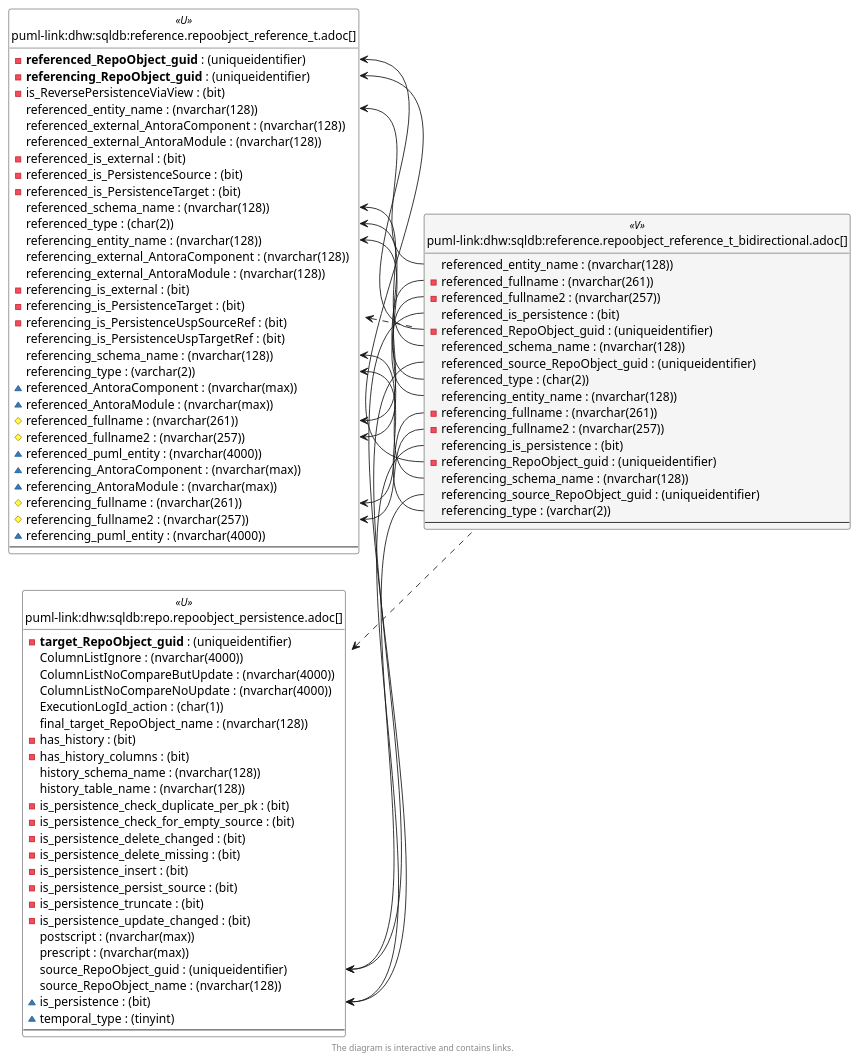
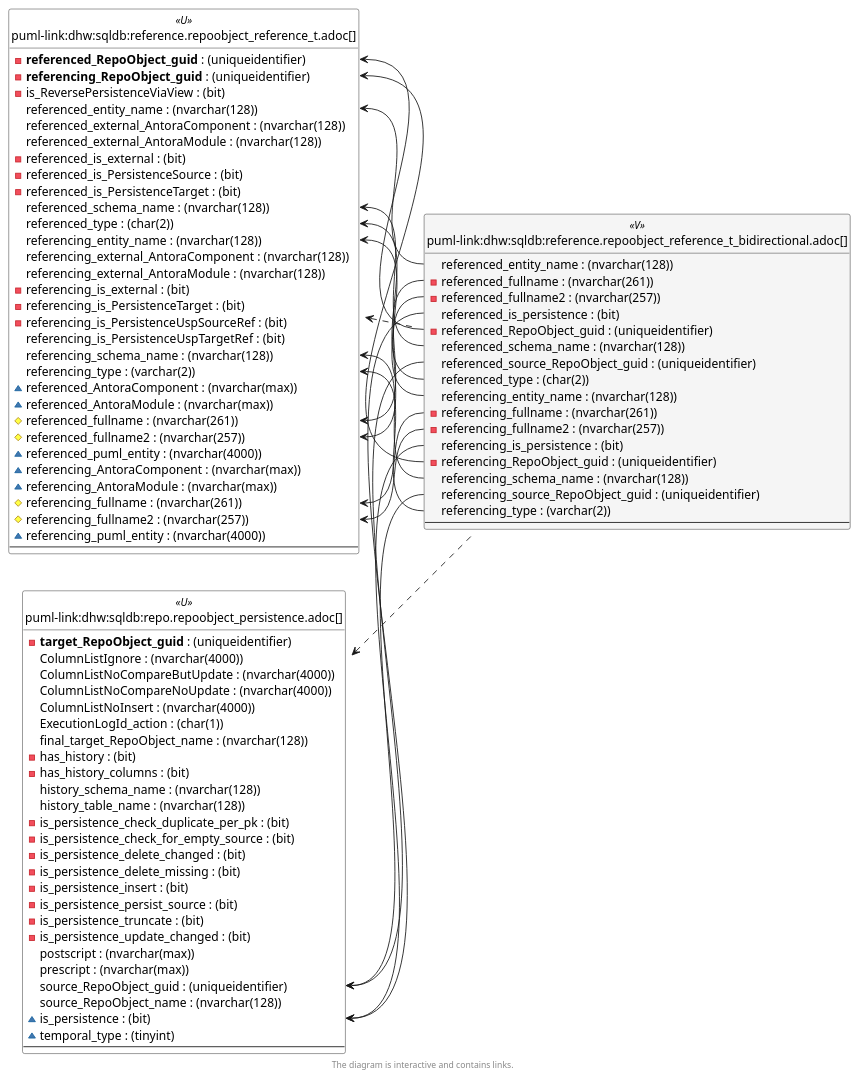
The sixth of 6 diagrams in docs/modules/sqldb/partials/content/reference.repoobject_reference_t_bidirectional.adoc (DataHandwerk/dhw-antora-sqldb), drawn with PlantUML before and after one commit. The commit also changed 701 other files, not shown here.

```diff
--- a/docs/modules/sqldb/partials/content/reference.repoobject_reference_t_bidirectional.adoc
+++ b/docs/modules/sqldb/partials/content/reference.repoobject_reference_t_bidirectional.adoc
@@ -1806,6 +1806,7 @@
   ColumnListIgnore : (nvarchar(4000))
   ColumnListNoCompareButUpdate : (nvarchar(4000))
   ColumnListNoCompareNoUpdate : (nvarchar(4000))
+  ColumnListNoInsert : (nvarchar(4000))
   ExecutionLogId_action : (char(1))
   final_target_RepoObject_name : (nvarchar(128))
   - has_history : (bit)
```
